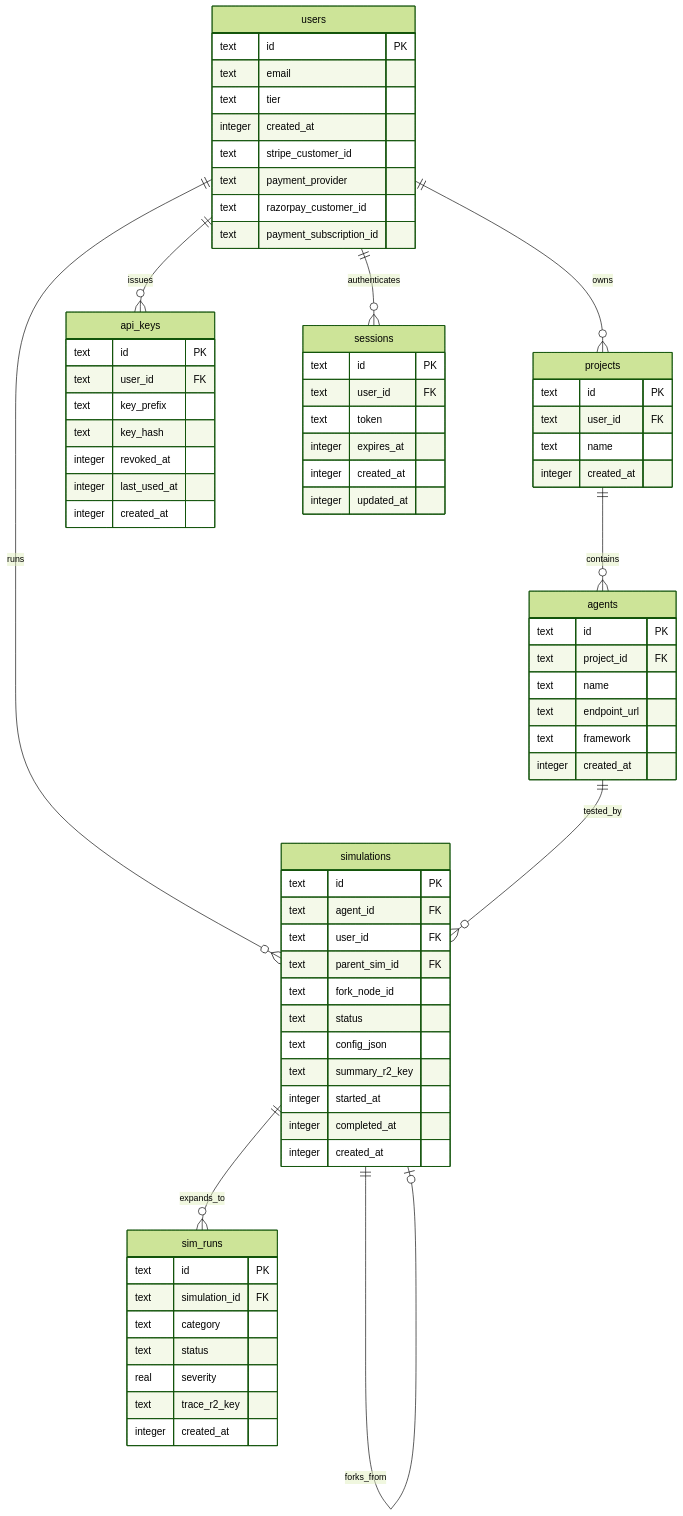
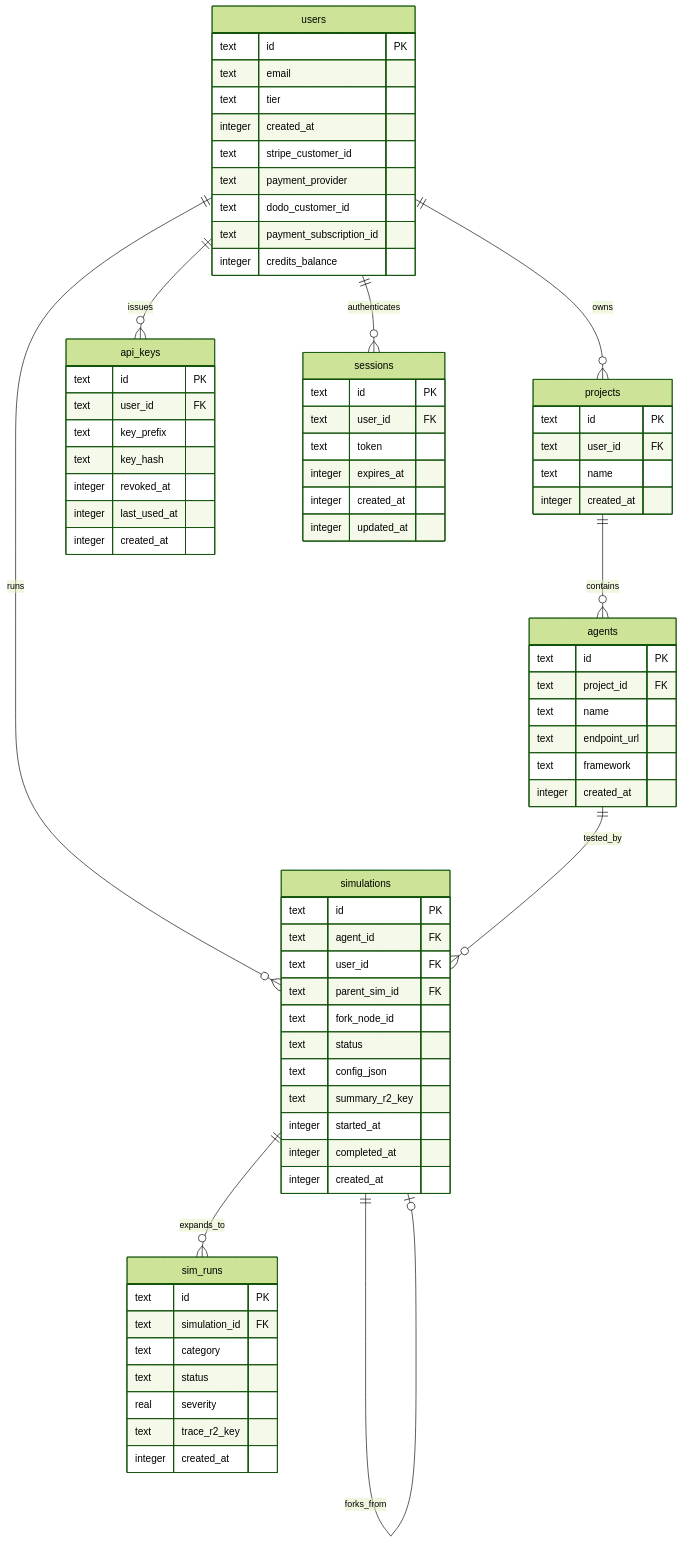
One commit to kaadipranav/WATCHLLM-core changed the third of 3 diagrams in README.md. Above: the diagram before and after it, drawn with Mermaid (forest theme). The commit also changed other lines of this file and 15 other files, not shown here.

````diff
--- a/README.md
+++ b/README.md
@@ -89,76 +89,77 @@
 ```mermaid
 erDiagram
     users ||--o{ projects : owns
     users ||--o{ simulations : runs
     users ||--o{ api_keys : issues
     users ||--o{ sessions : authenticates
 
     projects ||--o{ agents : contains
     agents ||--o{ simulations : tested_by
     simulations ||--o{ sim_runs : expands_to
     simulations ||--o| simulations : forks_from
 
     users {
       text id PK
       text email
       text tier
       integer created_at
       text stripe_customer_id
       text payment_provider
-      text razorpay_customer_id
+      text dodo_customer_id
       text payment_subscription_id
+      integer credits_balance
     }
     projects {
       text id PK
       text user_id FK
       text name
       integer created_at
     }
     agents {
       text id PK
       text project_id FK
       text name
       text endpoint_url
       text framework
       integer created_at
     }
     simulations {
       text id PK
       text agent_id FK
       text user_id FK
       text parent_sim_id FK
       text fork_node_id
       text status
       text config_json
       text summary_r2_key
       integer started_at
       integer completed_at
       integer created_at
     }
     sim_runs {
       text id PK
       text simulation_id FK
       text category
       text status
       real severity
       text trace_r2_key
       integer created_at
     }
     api_keys {
       text id PK
       text user_id FK
       text key_prefix
       text key_hash
       integer revoked_at
       integer last_used_at
       integer created_at
     }
     sessions {
       text id PK
       text user_id FK
       text token
       integer expires_at
       integer created_at
       integer updated_at
     }
 ```
````
